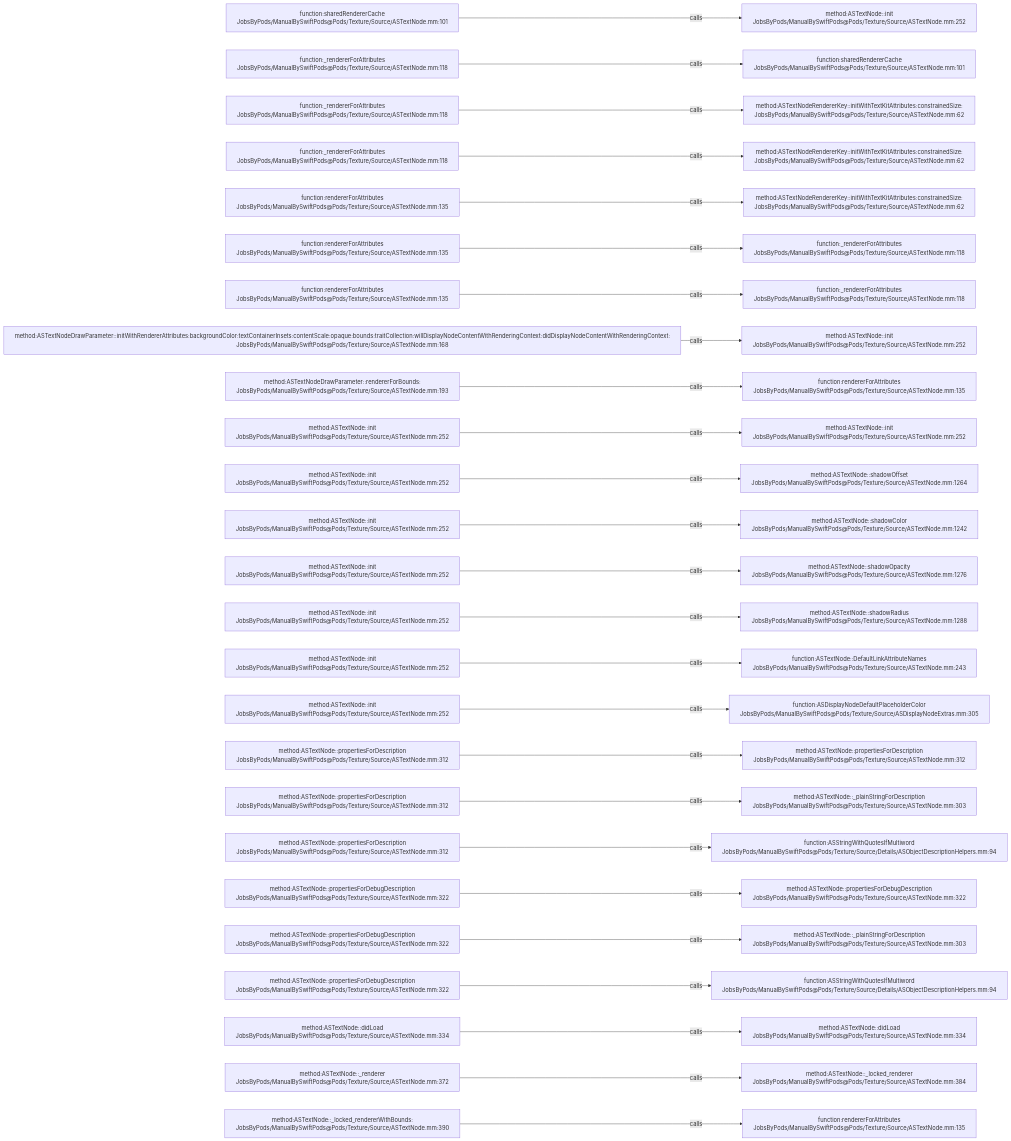
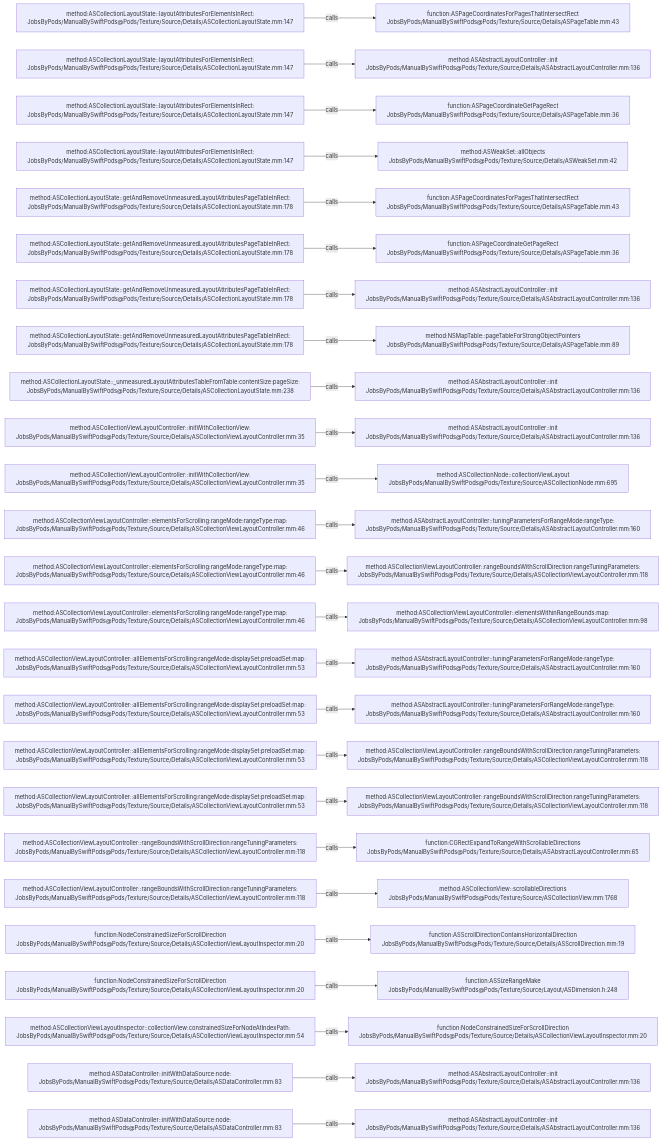
One commit to JobsKits/JobsSwiftBaseConfigDemo changed the diagram in .codegraph/codegraph.md/graphs/calls-084.md. Above: the diagram before and after it, drawn with Mermaid. The commit also changed 832 other files, not shown here.

````diff
--- a/.codegraph/codegraph.md/graphs/calls-084.md
+++ b/.codegraph/codegraph.md/graphs/calls-084.md
@@ -13,78 +13,78 @@
 ```mermaid
 flowchart LR
-  S1["function:sharedRendererCache<br/>JobsByPods/ManualBySwiftPods@Pods/Texture/Source/ASTextNode.mm:101"]
-  T1["method:ASTextNode::init<br/>JobsByPods/ManualBySwiftPods@Pods/Texture/Source/ASTextNode.mm:252"]
+  S1["method:ASCollectionLayoutState::layoutAttributesForElementsInRect:<br/>JobsByPods/ManualBySwiftPods@Pods/Texture/Source/Details/ASCollectionLayoutState.mm:147"]
+  T1["function:ASPageCoordinatesForPagesThatIntersectRect<br/>JobsByPods/ManualBySwiftPods@Pods/Texture/Source/Details/ASPageTable.mm:43"]
   S1 -->|calls| T1
-  S2["function:_rendererForAttributes<br/>JobsByPods/ManualBySwiftPods@Pods/Texture/Source/ASTextNode.mm:118"]
-  T2["function:sharedRendererCache<br/>JobsByPods/ManualBySwiftPods@Pods/Texture/Source/ASTextNode.mm:101"]
+  S2["method:ASCollectionLayoutState::layoutAttributesForElementsInRect:<br/>JobsByPods/ManualBySwiftPods@Pods/Texture/Source/Details/ASCollectionLayoutState.mm:147"]
+  T2["method:ASAbstractLayoutController::init<br/>JobsByPods/ManualBySwiftPods@Pods/Texture/Source/Details/ASAbstractLayoutController.mm:136"]
   S2 -->|calls| T2
-  S3["function:_rendererForAttributes<br/>JobsByPods/ManualBySwiftPods@Pods/Texture/Source/ASTextNode.mm:118"]
-  T3["method:ASTextNodeRendererKey::initWithTextKitAttributes:constrainedSize:<br/>JobsByPods/ManualBySwiftPods@Pods/Texture/Source/ASTextNode.mm:62"]
+  S3["method:ASCollectionLayoutState::layoutAttributesForElementsInRect:<br/>JobsByPods/ManualBySwiftPods@Pods/Texture/Source/Details/ASCollectionLayoutState.mm:147"]
+  T3["function:ASPageCoordinateGetPageRect<br/>JobsByPods/ManualBySwiftPods@Pods/Texture/Source/Details/ASPageTable.mm:36"]
   S3 -->|calls| T3
-  S4["function:_rendererForAttributes<br/>JobsByPods/ManualBySwiftPods@Pods/Texture/Source/ASTextNode.mm:118"]
-  T4["method:ASTextNodeRendererKey::initWithTextKitAttributes:constrainedSize:<br/>JobsByPods/ManualBySwiftPods@Pods/Texture/Source/ASTextNode.mm:62"]
+  S4["method:ASCollectionLayoutState::layoutAttributesForElementsInRect:<br/>JobsByPods/ManualBySwiftPods@Pods/Texture/Source/Details/ASCollectionLayoutState.mm:147"]
+  T4["method:ASWeakSet::allObjects<br/>JobsByPods/ManualBySwiftPods@Pods/Texture/Source/Details/ASWeakSet.mm:42"]
   S4 -->|calls| T4
-  S5["function:rendererForAttributes<br/>JobsByPods/ManualBySwiftPods@Pods/Texture/Source/ASTextNode.mm:135"]
-  T5["method:ASTextNodeRendererKey::initWithTextKitAttributes:constrainedSize:<br/>JobsByPods/ManualBySwiftPods@Pods/Texture/Source/ASTextNode.mm:62"]
+  S5["method:ASCollectionLayoutState::getAndRemoveUnmeasuredLayoutAttributesPageTableInRect:<br/>JobsByPods/ManualBySwiftPods@Pods/Texture/Source/Details/ASCollectionLayoutState.mm:178"]
+  T5["function:ASPageCoordinatesForPagesThatIntersectRect<br/>JobsByPods/ManualBySwiftPods@Pods/Texture/Source/Details/ASPageTable.mm:43"]
   S5 -->|calls| T5
-  S6["function:rendererForAttributes<br/>JobsByPods/ManualBySwiftPods@Pods/Texture/Source/ASTextNode.mm:135"]
-  T6["function:_rendererForAttributes<br/>JobsByPods/ManualBySwiftPods@Pods/Texture/Source/ASTextNode.mm:118"]
+  S6["method:ASCollectionLayoutState::getAndRemoveUnmeasuredLayoutAttributesPageTableInRect:<br/>JobsByPods/ManualBySwiftPods@Pods/Texture/Source/Details/ASCollectionLayoutState.mm:178"]
+  T6["function:ASPageCoordinateGetPageRect<br/>JobsByPods/ManualBySwiftPods@Pods/Texture/Source/Details/ASPageTable.mm:36"]
   S6 -->|calls| T6
-  S7["function:rendererForAttributes<br/>JobsByPods/ManualBySwiftPods@Pods/Texture/Source/ASTextNode.mm:135"]
-  T7["function:_rendererForAttributes<br/>JobsByPods/ManualBySwiftPods@Pods/Texture/Source/ASTextNode.mm:118"]
+  S7["method:ASCollectionLayoutState::getAndRemoveUnmeasuredLayoutAttributesPageTableInRect:<br/>JobsByPods/ManualBySwiftPods@Pods/Texture/Source/Details/ASCollectionLayoutState.mm:178"]
+  T7["method:ASAbstractLayoutController::init<br/>JobsByPods/ManualBySwiftPods@Pods/Texture/Source/Details/ASAbstractLayoutController.mm:136"]
   S7 -->|calls| T7
-  S8["method:ASTextNodeDrawParameter::initWithRendererAttributes:backgroundColor:textContainerInsets:contentScale:opaque:bounds:traitCollection:willDisplayNodeContentWithRenderingContext:didDisplayNodeContentWithRenderingContext:<br/>JobsByPods/ManualBySwiftPods@Pods/Texture/Source/ASTextNode.mm:168"]
-  T8["method:ASTextNode::init<br/>JobsByPods/ManualBySwiftPods@Pods/Texture/Source/ASTextNode.mm:252"]
+  S8["method:ASCollectionLayoutState::getAndRemoveUnmeasuredLayoutAttributesPageTableInRect:<br/>JobsByPods/ManualBySwiftPods@Pods/Texture/Source/Details/ASCollectionLayoutState.mm:178"]
+  T8["method:NSMapTable::pageTableForStrongObjectPointers<br/>JobsByPods/ManualBySwiftPods@Pods/Texture/Source/Details/ASPageTable.mm:89"]
   S8 -->|calls| T8
-  S9["method:ASTextNodeDrawParameter::rendererForBounds:<br/>JobsByPods/ManualBySwiftPods@Pods/Texture/Source/ASTextNode.mm:193"]
-  T9["function:rendererForAttributes<br/>JobsByPods/ManualBySwiftPods@Pods/Texture/Source/ASTextNode.mm:135"]
+  S9["method:ASCollectionLayoutState::_unmeasuredLayoutAttributesTableFromTable:contentSize:pageSize:<br/>JobsByPods/ManualBySwiftPods@Pods/Texture/Source/Details/ASCollectionLayoutState.mm:238"]
+  T9["method:ASAbstractLayoutController::init<br/>JobsByPods/ManualBySwiftPods@Pods/Texture/Source/Details/ASAbstractLayoutController.mm:136"]
   S9 -->|calls| T9
-  S10["method:ASTextNode::init<br/>JobsByPods/ManualBySwiftPods@Pods/Texture/Source/ASTextNode.mm:252"]
-  T10["method:ASTextNode::init<br/>JobsByPods/ManualBySwiftPods@Pods/Texture/Source/ASTextNode.mm:252"]
+  S10["method:ASCollectionViewLayoutController::initWithCollectionView:<br/>JobsByPods/ManualBySwiftPods@Pods/Texture/Source/Details/ASCollectionViewLayoutController.mm:35"]
+  T10["method:ASAbstractLayoutController::init<br/>JobsByPods/ManualBySwiftPods@Pods/Texture/Source/Details/ASAbstractLayoutController.mm:136"]
   S10 -->|calls| T10
-  S11["method:ASTextNode::init<br/>JobsByPods/ManualBySwiftPods@Pods/Texture/Source/ASTextNode.mm:252"]
-  T11["method:ASTextNode::shadowOffset<br/>JobsByPods/ManualBySwiftPods@Pods/Texture/Source/ASTextNode.mm:1264"]
+  S11["method:ASCollectionViewLayoutController::initWithCollectionView:<br/>JobsByPods/ManualBySwiftPods@Pods/Texture/Source/Details/ASCollectionViewLayoutController.mm:35"]
+  T11["method:ASCollectionNode::collectionViewLayout<br/>JobsByPods/ManualBySwiftPods@Pods/Texture/Source/ASCollectionNode.mm:695"]
   S11 -->|calls| T11
-  S12["method:ASTextNode::init<br/>JobsByPods/ManualBySwiftPods@Pods/Texture/Source/ASTextNode.mm:252"]
-  T12["method:ASTextNode::shadowColor<br/>JobsByPods/ManualBySwiftPods@Pods/Texture/Source/ASTextNode.mm:1242"]
+  S12["method:ASCollectionViewLayoutController::elementsForScrolling:rangeMode:rangeType:map:<br/>JobsByPods/ManualBySwiftPods@Pods/Texture/Source/Details/ASCollectionViewLayoutController.mm:46"]
+  T12["method:ASAbstractLayoutController::tuningParametersForRangeMode:rangeType:<br/>JobsByPods/ManualBySwiftPods@Pods/Texture/Source/Details/ASAbstractLayoutController.mm:160"]
   S12 -->|calls| T12
-  S13["method:ASTextNode::init<br/>JobsByPods/ManualBySwiftPods@Pods/Texture/Source/ASTextNode.mm:252"]
-  T13["method:ASTextNode::shadowOpacity<br/>JobsByPods/ManualBySwiftPods@Pods/Texture/Source/ASTextNode.mm:1276"]
+  S13["method:ASCollectionViewLayoutController::elementsForScrolling:rangeMode:rangeType:map:<br/>JobsByPods/ManualBySwiftPods@Pods/Texture/Source/Details/ASCollectionViewLayoutController.mm:46"]
+  T13["method:ASCollectionViewLayoutController::rangeBoundsWithScrollDirection:rangeTuningParameters:<br/>JobsByPods/ManualBySwiftPods@Pods/Texture/Source/Details/ASCollectionViewLayoutController.mm:118"]
   S13 -->|calls| T13
-  S14["method:ASTextNode::init<br/>JobsByPods/ManualBySwiftPods@Pods/Texture/Source/ASTextNode.mm:252"]
-  T14["method:ASTextNode::shadowRadius<br/>JobsByPods/ManualBySwiftPods@Pods/Texture/Source/ASTextNode.mm:1288"]
+  S14["method:ASCollectionViewLayoutController::elementsForScrolling:rangeMode:rangeType:map:<br/>JobsByPods/ManualBySwiftPods@Pods/Texture/Source/Details/ASCollectionViewLayoutController.mm:46"]
+  T14["method:ASCollectionViewLayoutController::elementsWithinRangeBounds:map:<br/>JobsByPods/ManualBySwiftPods@Pods/Texture/Source/Details/ASCollectionViewLayoutController.mm:98"]
   S14 -->|calls| T14
-  S15["method:ASTextNode::init<br/>JobsByPods/ManualBySwiftPods@Pods/Texture/Source/ASTextNode.mm:252"]
-  T15["function:ASTextNode::DefaultLinkAttributeNames<br/>JobsByPods/ManualBySwiftPods@Pods/Texture/Source/ASTextNode.mm:243"]
+  S15["method:ASCollectionViewLayoutController::allElementsForScrolling:rangeMode:displaySet:preloadSet:map:<br/>JobsByPods/ManualBySwiftPods@Pods/Texture/Source/Details/ASCollectionViewLayoutController.mm:53"]
+  T15["method:ASAbstractLayoutController::tuningParametersForRangeMode:rangeType:<br/>JobsByPods/ManualBySwiftPods@Pods/Texture/Source/Details/ASAbstractLayoutController.mm:160"]
   S15 -->|calls| T15
-  S16["method:ASTextNode::init<br/>JobsByPods/ManualBySwiftPods@Pods/Texture/Source/ASTextNode.mm:252"]
-  T16["function:ASDisplayNodeDefaultPlaceholderColor<br/>JobsByPods/ManualBySwiftPods@Pods/Texture/Source/ASDisplayNodeExtras.mm:305"]
+  S16["method:ASCollectionViewLayoutController::allElementsForScrolling:rangeMode:displaySet:preloadSet:map:<br/>JobsByPods/ManualBySwiftPods@Pods/Texture/Source/Details/ASCollectionViewLayoutController.mm:53"]
+  T16["method:ASAbstractLayoutController::tuningParametersForRangeMode:rangeType:<br/>JobsByPods/ManualBySwiftPods@Pods/Texture/Source/Details/ASAbstractLayoutController.mm:160"]
   S16 -->|calls| T16
-  S17["method:ASTextNode::propertiesForDescription<br/>JobsByPods/ManualBySwiftPods@Pods/Texture/Source/ASTextNode.mm:312"]
-  T17["method:ASTextNode::propertiesForDescription<br/>JobsByPods/ManualBySwiftPods@Pods/Texture/Source/ASTextNode.mm:312"]
+  S17["method:ASCollectionViewLayoutController::allElementsForScrolling:rangeMode:displaySet:preloadSet:map:<br/>JobsByPods/ManualBySwiftPods@Pods/Texture/Source/Details/ASCollectionViewLayoutController.mm:53"]
+  T17["method:ASCollectionViewLayoutController::rangeBoundsWithScrollDirection:rangeTuningParameters:<br/>JobsByPods/ManualBySwiftPods@Pods/Texture/Source/Details/ASCollectionViewLayoutController.mm:118"]
   S17 -->|calls| T17
-  S18["method:ASTextNode::propertiesForDescription<br/>JobsByPods/ManualBySwiftPods@Pods/Texture/Source/ASTextNode.mm:312"]
-  T18["method:ASTextNode::_plainStringForDescription<br/>JobsByPods/ManualBySwiftPods@Pods/Texture/Source/ASTextNode.mm:303"]
+  S18["method:ASCollectionViewLayoutController::allElementsForScrolling:rangeMode:displaySet:preloadSet:map:<br/>JobsByPods/ManualBySwiftPods@Pods/Texture/Source/Details/ASCollectionViewLayoutController.mm:53"]
+  T18["method:ASCollectionViewLayoutController::rangeBoundsWithScrollDirection:rangeTuningParameters:<br/>JobsByPods/ManualBySwiftPods@Pods/Texture/Source/Details/ASCollectionViewLayoutController.mm:118"]
   S18 -->|calls| T18
-  S19["method:ASTextNode::propertiesForDescription<br/>JobsByPods/ManualBySwiftPods@Pods/Texture/Source/ASTextNode.mm:312"]
-  T19["function:ASStringWithQuotesIfMultiword<br/>JobsByPods/ManualBySwiftPods@Pods/Texture/Source/Details/ASObjectDescriptionHelpers.mm:94"]
+  S19["method:ASCollectionViewLayoutController::rangeBoundsWithScrollDirection:rangeTuningParameters:<br/>JobsByPods/ManualBySwiftPods@Pods/Texture/Source/Details/ASCollectionViewLayoutController.mm:118"]
+  T19["function:CGRectExpandToRangeWithScrollableDirections<br/>JobsByPods/ManualBySwiftPods@Pods/Texture/Source/Details/ASAbstractLayoutController.mm:65"]
   S19 -->|calls| T19
-  S20["method:ASTextNode::propertiesForDebugDescription<br/>JobsByPods/ManualBySwiftPods@Pods/Texture/Source/ASTextNode.mm:322"]
-  T20["method:ASTextNode::propertiesForDebugDescription<br/>JobsByPods/ManualBySwiftPods@Pods/Texture/Source/ASTextNode.mm:322"]
+  S20["method:ASCollectionViewLayoutController::rangeBoundsWithScrollDirection:rangeTuningParameters:<br/>JobsByPods/ManualBySwiftPods@Pods/Texture/Source/Details/ASCollectionViewLayoutController.mm:118"]
+  T20["method:ASCollectionView::scrollableDirections<br/>JobsByPods/ManualBySwiftPods@Pods/Texture/Source/ASCollectionView.mm:1768"]
   S20 -->|calls| T20
-  S21["method:ASTextNode::propertiesForDebugDescription<br/>JobsByPods/ManualBySwiftPods@Pods/Texture/Source/ASTextNode.mm:322"]
-  T21["method:ASTextNode::_plainStringForDescription<br/>JobsByPods/ManualBySwiftPods@Pods/Texture/Source/ASTextNode.mm:303"]
+  S21["function:NodeConstrainedSizeForScrollDirection<br/>JobsByPods/ManualBySwiftPods@Pods/Texture/Source/Details/ASCollectionViewLayoutInspector.mm:20"]
+  T21["function:ASScrollDirectionContainsHorizontalDirection<br/>JobsByPods/ManualBySwiftPods@Pods/Texture/Source/Details/ASScrollDirection.mm:19"]
   S21 -->|calls| T21
-  S22["method:ASTextNode::propertiesForDebugDescription<br/>JobsByPods/ManualBySwiftPods@Pods/Texture/Source/ASTextNode.mm:322"]
-  T22["function:ASStringWithQuotesIfMultiword<br/>JobsByPods/ManualBySwiftPods@Pods/Texture/Source/Details/ASObjectDescriptionHelpers.mm:94"]
+  S22["function:NodeConstrainedSizeForScrollDirection<br/>JobsByPods/ManualBySwiftPods@Pods/Texture/Source/Details/ASCollectionViewLayoutInspector.mm:20"]
+  T22["function:ASSizeRangeMake<br/>JobsByPods/ManualBySwiftPods@Pods/Texture/Source/Layout/ASDimension.h:248"]
   S22 -->|calls| T22
-  S23["method:ASTextNode::didLoad<br/>JobsByPods/ManualBySwiftPods@Pods/Texture/Source/ASTextNode.mm:334"]
-  T23["method:ASTextNode::didLoad<br/>JobsByPods/ManualBySwiftPods@Pods/Texture/Source/ASTextNode.mm:334"]
+  S23["method:ASCollectionViewLayoutInspector::collectionView:constrainedSizeForNodeAtIndexPath:<br/>JobsByPods/ManualBySwiftPods@Pods/Texture/Source/Details/ASCollectionViewLayoutInspector.mm:54"]
+  T23["function:NodeConstrainedSizeForScrollDirection<br/>JobsByPods/ManualBySwiftPods@Pods/Texture/Source/Details/ASCollectionViewLayoutInspector.mm:20"]
   S23 -->|calls| T23
-  S24["method:ASTextNode::_renderer<br/>JobsByPods/ManualBySwiftPods@Pods/Texture/Source/ASTextNode.mm:372"]
-  T24["method:ASTextNode::_locked_renderer<br/>JobsByPods/ManualBySwiftPods@Pods/Texture/Source/ASTextNode.mm:384"]
+  S24["method:ASDataController::initWithDataSource:node:<br/>JobsByPods/ManualBySwiftPods@Pods/Texture/Source/Details/ASDataController.mm:83"]
+  T24["method:ASAbstractLayoutController::init<br/>JobsByPods/ManualBySwiftPods@Pods/Texture/Source/Details/ASAbstractLayoutController.mm:136"]
   S24 -->|calls| T24
-  S25["method:ASTextNode::_locked_rendererWithBounds:<br/>JobsByPods/ManualBySwiftPods@Pods/Texture/Source/ASTextNode.mm:390"]
-  T25["function:rendererForAttributes<br/>JobsByPods/ManualBySwiftPods@Pods/Texture/Source/ASTextNode.mm:135"]
+  S25["method:ASDataController::initWithDataSource:node:<br/>JobsByPods/ManualBySwiftPods@Pods/Texture/Source/Details/ASDataController.mm:83"]
+  T25["method:ASAbstractLayoutController::init<br/>JobsByPods/ManualBySwiftPods@Pods/Texture/Source/Details/ASAbstractLayoutController.mm:136"]
   S25 -->|calls| T25
 ```
````
